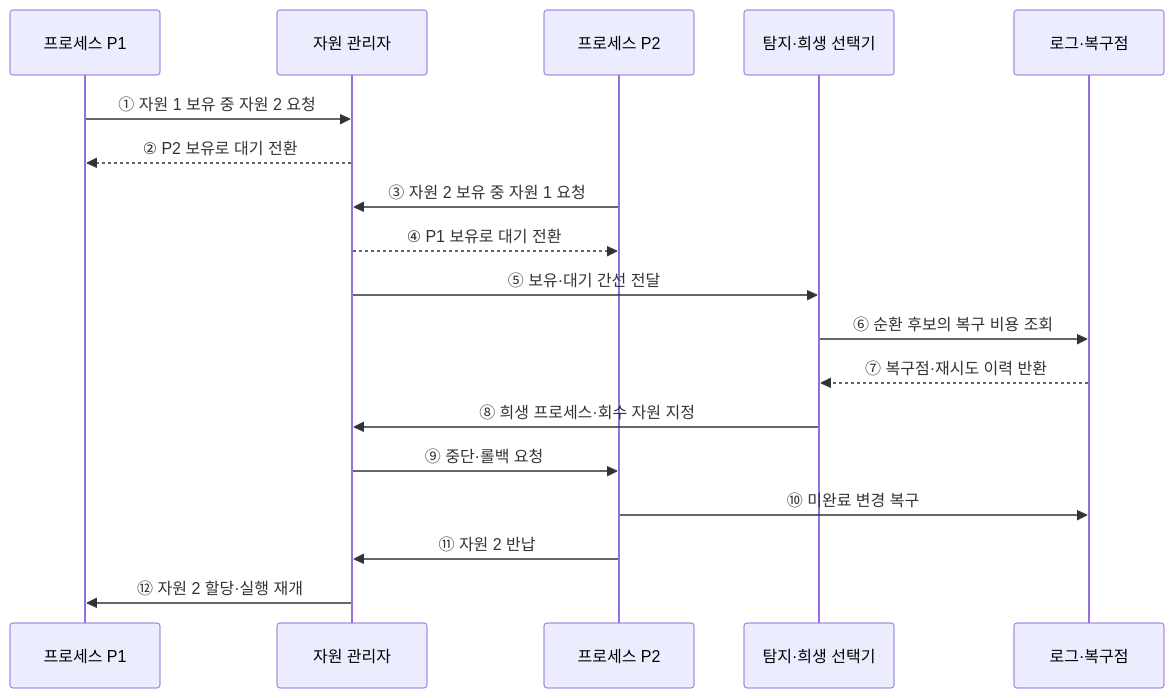
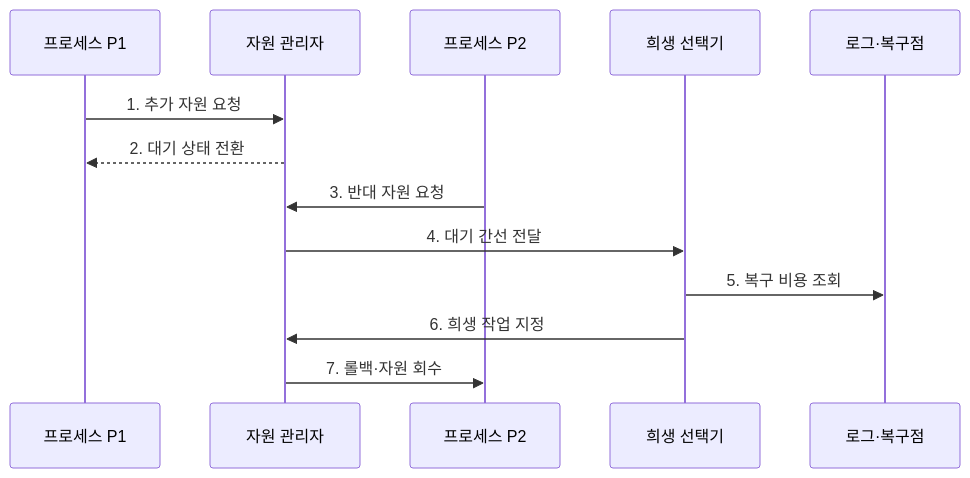
The second of 2 diagrams in src/content/docs/notes/03-software/009_deadlock.md (agnusdei1207/knowledge-base), drawn with Mermaid before and after one commit. The commit also changed other lines of this file and 20 other files, not shown here.

````diff
--- a/src/content/docs/notes/03-software/009_deadlock.md
+++ b/src/content/docs/notes/03-software/009_deadlock.md
@@ -76,21 +88,15 @@
 ```mermaid
 sequenceDiagram
     participant P1 as 프로세스 P1
     participant R as 자원 관리자
     participant P2 as 프로세스 P2
-    participant G as 탐지·희생 선택기
+    participant G as 희생 선택기
     participant L as 로그·복구점
-
-    P1->>R: ① 자원 1 보유 중 자원 2 요청
-    R-->>P1: ② P2 보유로 대기 전환
-    P2->>R: ③ 자원 2 보유 중 자원 1 요청
-    R-->>P2: ④ P1 보유로 대기 전환
-    R->>G: ⑤ 보유·대기 간선 전달
-    G->>L: ⑥ 순환 후보의 복구 비용 조회
-    L-->>G: ⑦ 복구점·재시도 이력 반환
-    G->>R: ⑧ 희생 프로세스·회수 자원 지정
-    R->>P2: ⑨ 중단·롤백 요청
-    P2->>L: ⑩ 미완료 변경 복구
-    P2->>R: ⑪ 자원 2 반납
-    R->>P1: ⑫ 자원 2 할당·실행 재개
+    P1->>R: 1. 추가 자원 요청
+    R-->>P1: 2. 대기 상태 전환
+    P2->>R: 3. 반대 자원 요청
+    R->>G: 4. 대기 간선 전달
+    G->>L: 5. 복구 비용 조회
+    G->>R: 6. 희생 작업 지정
+    R->>P2: 7. 롤백·자원 회수
 ```
````
